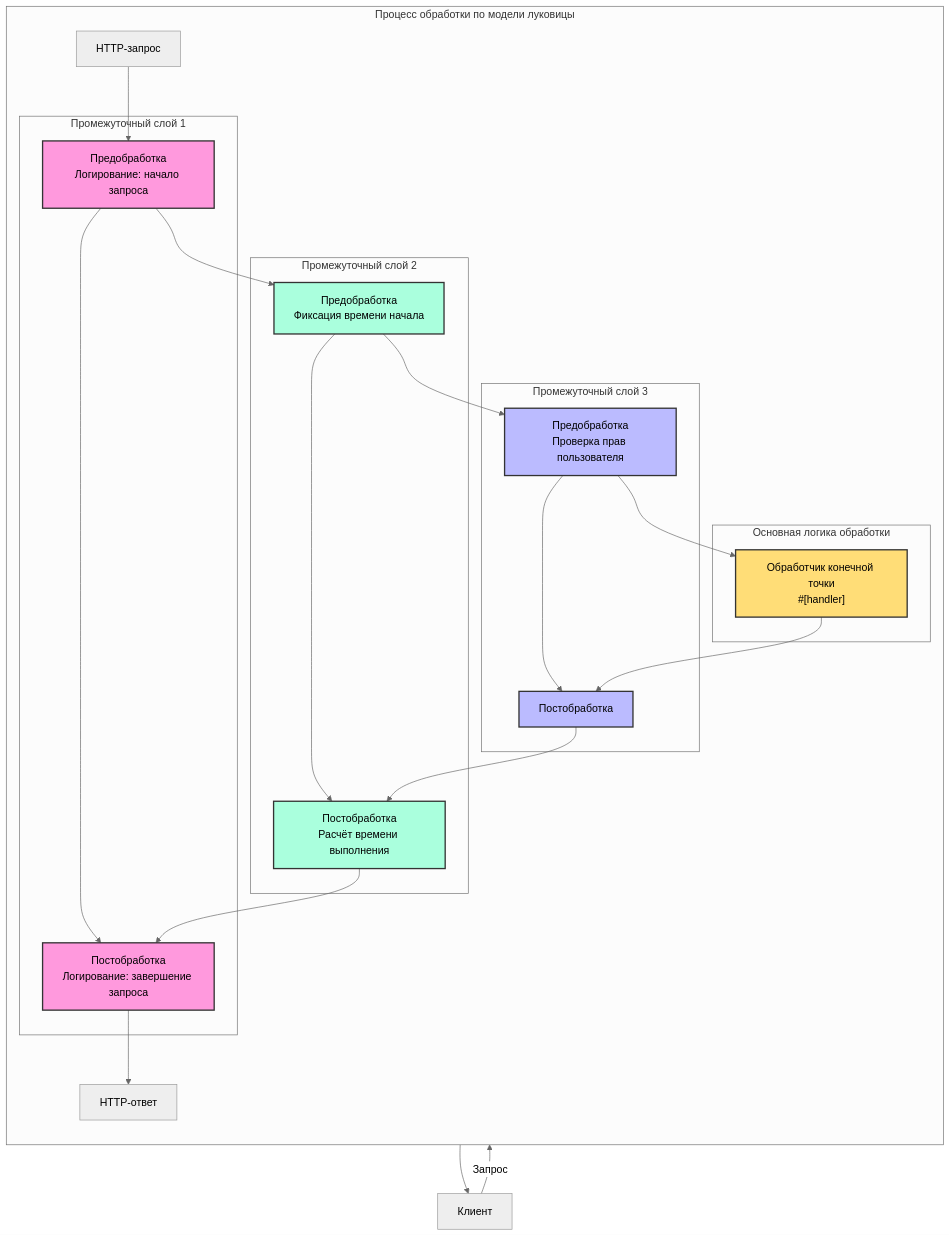
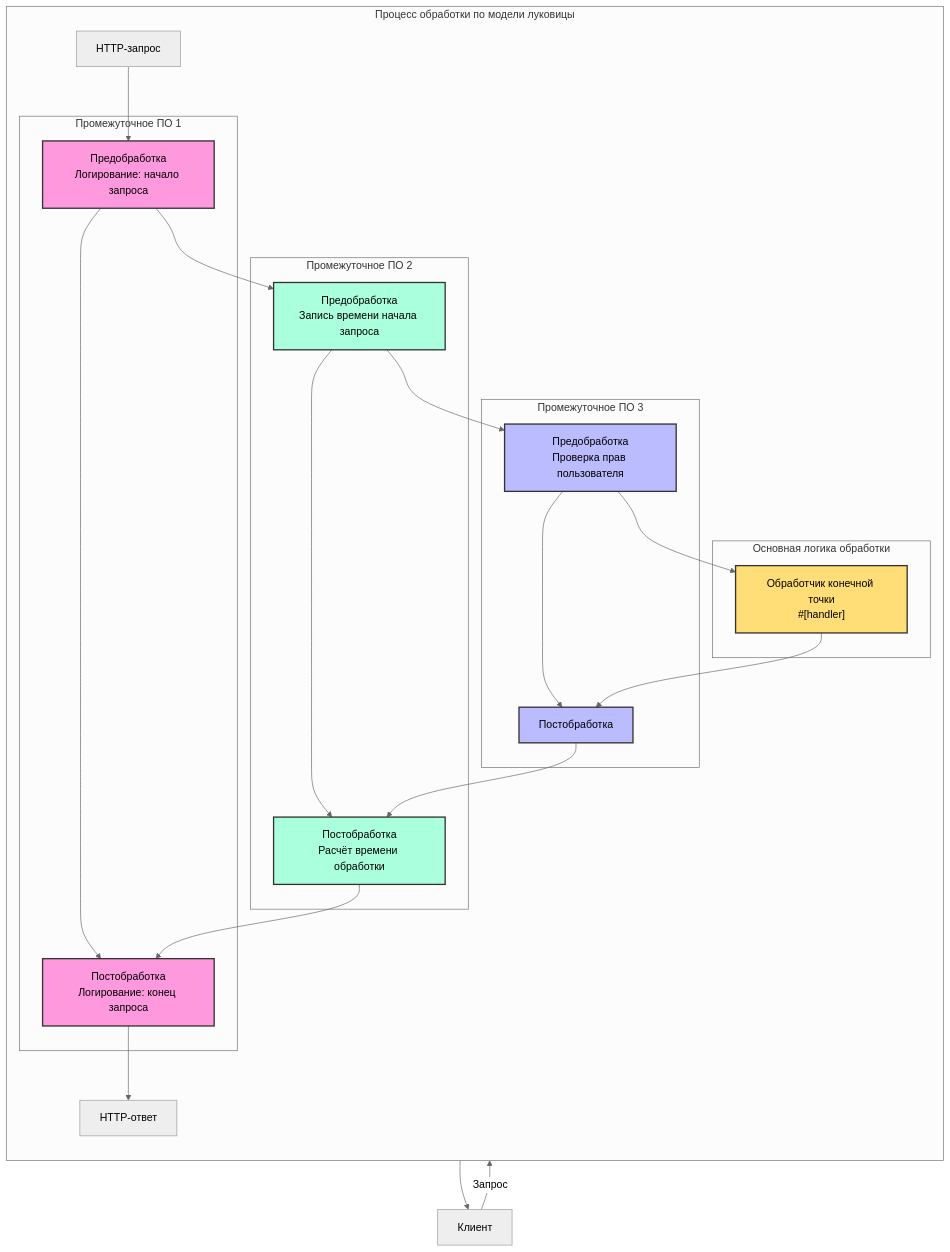
One commit to salvo-rs/website changed the second of 2 diagrams in docs/ru/guide/concepts/handler.mdx. Above: the diagram before and after it, drawn with Mermaid (neutral theme). The commit also changed other lines of this file and 1062 other files, not shown here.

````diff
--- a/docs/ru/guide/concepts/handler.mdx
+++ b/docs/ru/guide/concepts/handler.mdx
@@ -60,45 +59,45 @@
 ```mermaid
 flowchart TB
     Client[Клиент] -->|Запрос| Request[HTTP-запрос]
 
     subgraph "Процесс обработки по модели луковицы"
         direction TB
 
-        subgraph M1["Промежуточный слой 1"]
-            M1A["Предобработка<br>Логирование: начало запроса"] --> M1B["Постобработка<br>Логирование: завершение запроса"]
+        subgraph M1["Промежуточное ПО 1"]
+            M1A["Предобработка<br>Логирование: начало запроса"] --> M1B["Постобработка<br>Логирование: конец запроса"]
         end
 
-        subgraph M2["Промежуточный слой 2"]
-            M2A["Предобработка<br>Фиксация времени начала"] --> M2B["Постобработка<br>Расчёт времени выполнения"]
+        subgraph M2["Промежуточное ПО 2"]
+            M2A["Предобработка<br>Запись времени начала запроса"] --> M2B["Постобработка<br>Расчёт времени обработки"]
         end
 
-        subgraph M3["Промежуточный слой 3"]
+        subgraph M3["Промежуточное ПО 3"]
             M3A["Предобработка<br>Проверка прав пользователя"] --> M3B["Постобработка<br>"]
         end
 
         subgraph Core["Основная логика обработки"]
             Handler["Обработчик конечной точки<br>#[handler]"]
         end
 
         Request --> M1A
         M1A --> M2A
         M2A --> M3A
         M3A --> Handler
         Handler --> M3B
         M3B --> M2B
         M2B --> M1B
         M1B --> Response
     end
 
     Response[HTTP-ответ] --> Client
 
     classDef middleware1 fill:#f9d,stroke:#333,stroke-width:2px;
     classDef middleware2 fill:#afd,stroke:#333,stroke-width:2px;
     classDef middleware3 fill:#bbf,stroke:#333,stroke-width:2px;
     classDef core fill:#fd7,stroke:#333,stroke-width:2px;
 
     class M1A,M1B middleware1;
     class M2A,M2B middleware2;
     class M3A,M3B middleware3;
     class Handler core;
 ```
````
